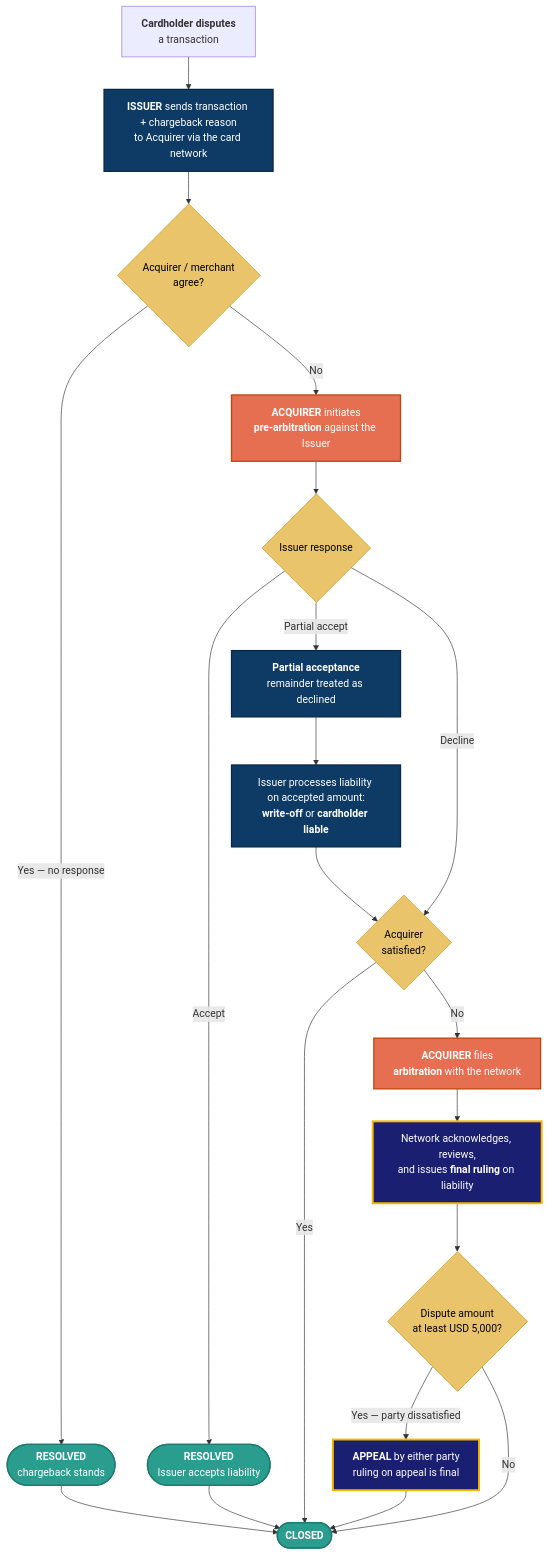
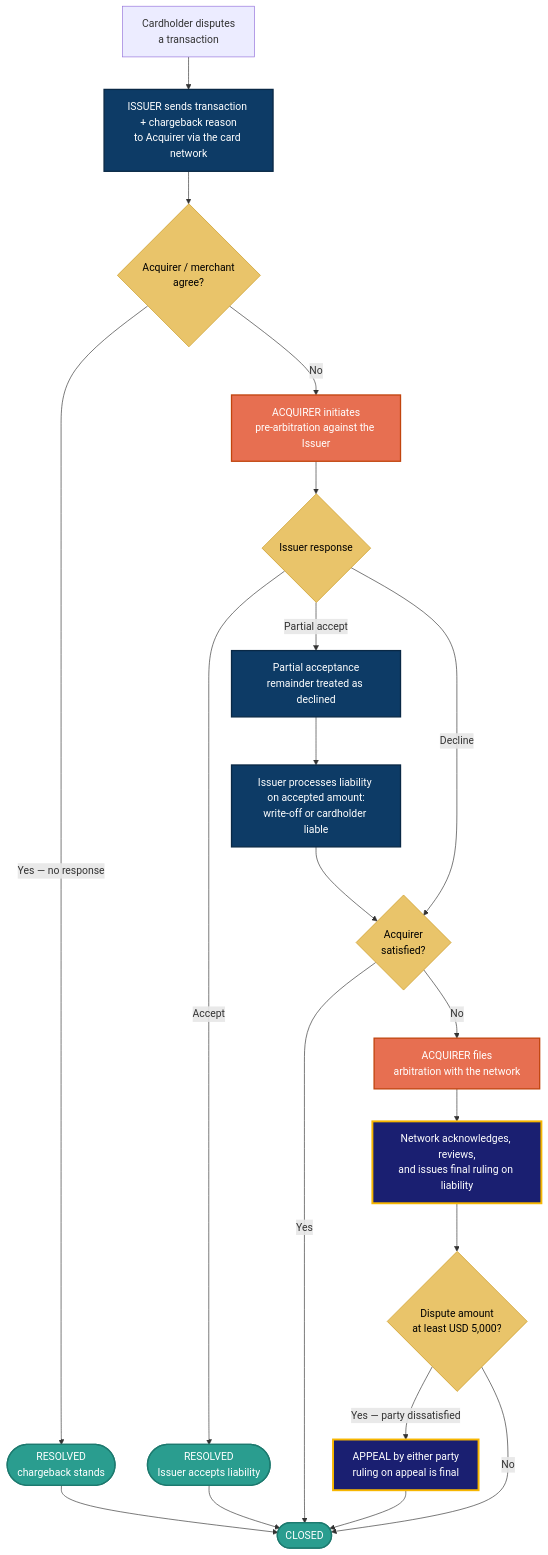
The first of 3 diagrams in docs/pega-smart-dispute-product-flow.md (bmageshvec/poc-claims-resolution), drawn with Mermaid before and after one commit. The commit also changed other lines of this file and 32 other files, not shown here.

````diff
--- a/docs/pega-smart-dispute-product-flow.md
+++ b/docs/pega-smart-dispute-product-flow.md
@@ -101,43 +101,43 @@
 ```mermaid
 flowchart TB
-    A1["<b>Cardholder disputes</b><br/>a transaction"]
-    A2["<b>ISSUER</b> sends transaction + chargeback reason<br/>to Acquirer via the card network"]
+    A1["Cardholder disputes<br/>a transaction"]
+    A2["ISSUER sends transaction + chargeback reason<br/>to Acquirer via the card network"]
     A3{"Acquirer / merchant<br/>agree?"}
-    A4(["<b>RESOLVED</b><br/>chargeback stands"])
-    A5["<b>ACQUIRER</b> initiates<br/><b>pre-arbitration</b> against the Issuer"]
+    A4(["RESOLVED<br/>chargeback stands"])
+    A5["ACQUIRER initiates<br/>pre-arbitration against the Issuer"]
     A6{"Issuer response"}
-    A7(["<b>RESOLVED</b><br/>Issuer accepts liability"])
-    A8["<b>Partial acceptance</b><br/>remainder treated as declined"]
-    A9["Issuer processes liability on accepted amount:<br/><b>write-off</b> or <b>cardholder liable</b>"]
+    A7(["RESOLVED<br/>Issuer accepts liability"])
+    A8["Partial acceptance<br/>remainder treated as declined"]
+    A9["Issuer processes liability on accepted amount:<br/>write-off or cardholder liable"]
     A10{"Acquirer<br/>satisfied?"}
-    A11["<b>ACQUIRER</b> files<br/><b>arbitration</b> with the network"]
-    A12["Network acknowledges, reviews,<br/>and issues <b>final ruling</b> on liability"]
+    A11["ACQUIRER files<br/>arbitration with the network"]
+    A12["Network acknowledges, reviews,<br/>and issues final ruling on liability"]
     A13{"Dispute amount<br/>at least USD 5,000?"}
-    A14["<b>APPEAL</b> by either party<br/>ruling on appeal is final"]
-    A15(["<b>CLOSED</b>"])
+    A14["APPEAL by either party<br/>ruling on appeal is final"]
+    A15(["CLOSED"])
 
     A1 --> A2 --> A3
     A3 -->|"Yes — no response"| A4
     A3 -->|"No"| A5
     A5 --> A6
     A6 -->|"Accept"| A7
     A6 -->|"Partial accept"| A8 --> A9 --> A10
     A6 -->|"Decline"| A10
     A10 -->|"Yes"| A15
     A10 -->|"No"| A11 --> A12 --> A13
     A13 -->|"Yes — party dissatisfied"| A14 --> A15
     A13 -->|"No"| A15
     A4 --> A15
     A7 --> A15
 
     classDef issuer fill:#0D3B66,color:#FFFFFF,stroke:#092845,stroke-width:2px
     classDef acquirer fill:#E76F51,color:#FFFFFF,stroke:#C1440E,stroke-width:2px
     classDef network fill:#1A1F71,color:#FFFFFF,stroke:#F7B600,stroke-width:3px
     classDef gate fill:#E9C46A,color:#000000,stroke:#C9971A
     classDef done fill:#2A9D8F,color:#FFFFFF,stroke:#1D7A6F,stroke-width:2px
     class A2,A8,A9 issuer
     class A5,A11 acquirer
     class A12,A14 network
     class A3,A6,A10,A13 gate
     class A4,A7,A15 done
 ```
````
